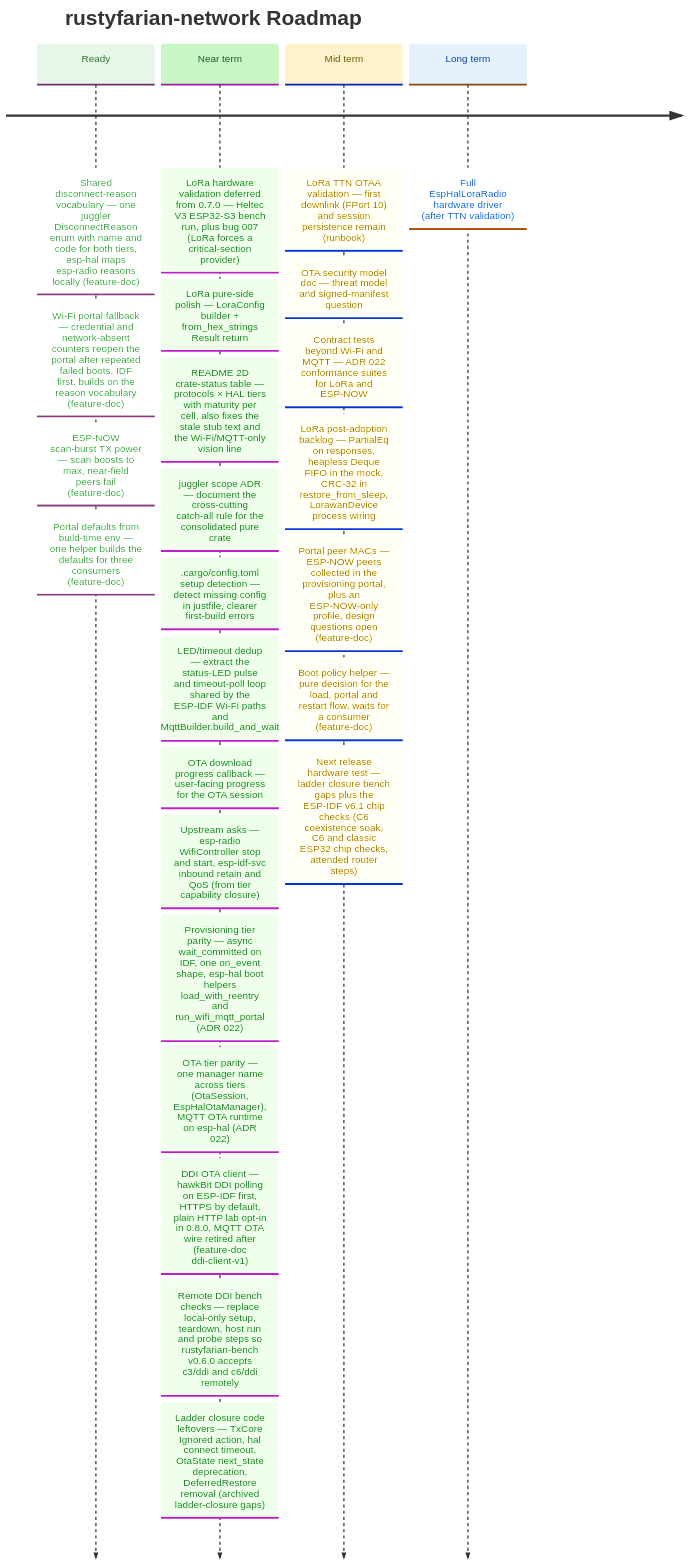
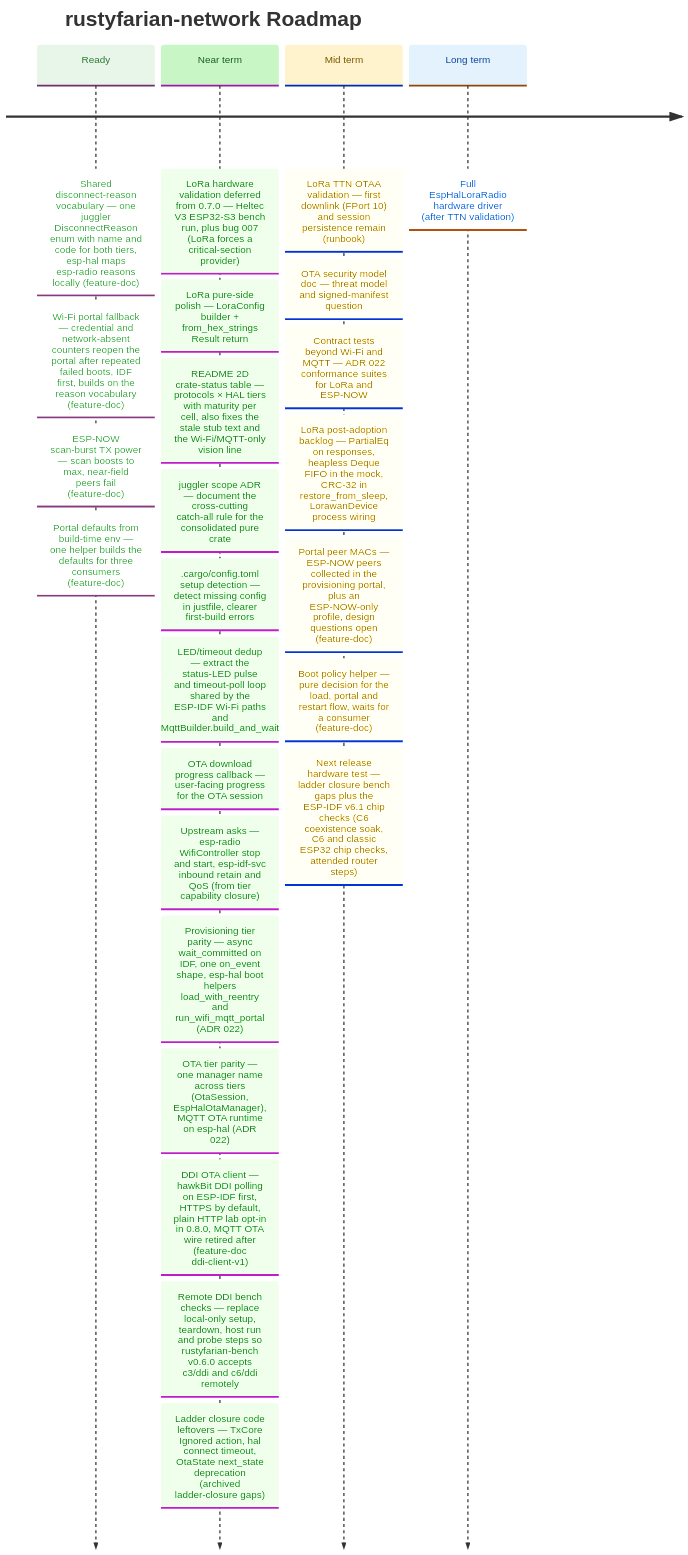
The diagram in docs/ROADMAP.md (datenkollektiv/rustyfarian-network), drawn with Mermaid before and after one commit. The commit also changed 28 other files, not shown here.

````diff
--- a/docs/ROADMAP.md
+++ b/docs/ROADMAP.md
@@ -16,46 +16,46 @@
 ```mermaid
 %%{init: {
   "theme": "base",
   "themeVariables": {
     "cScale0": "#e8f5e9",
     "cScaleLabel0": "#2e7d32",
     "cScale1": "#c8f7c5",
     "cScaleLabel1": "#1b5e20",
     "cScale2": "#fff3cd",
     "cScaleLabel2": "#7a5a00",
     "cScale3": "#e3f2fd",
     "cScaleLabel3": "#0d47a1"
   }
 }}%%
 
 timeline
     title rustyfarian-network Roadmap
 
     Ready     : Shared disconnect-reason vocabulary — one juggler DisconnectReason enum with name and code for both tiers, esp-hal maps esp-radio reasons locally (feature-doc)
               : Wi-Fi portal fallback — credential and network-absent counters reopen the portal after repeated failed boots, IDF first, builds on the reason vocabulary (feature-doc)
               : ESP-NOW scan-burst TX power — scan boosts to max, near-field peers fail (feature-doc)
               : Portal defaults from build-time env — one helper builds the defaults for three consumers (feature-doc)
     Near term : LoRa hardware validation deferred from 0.7.0 — Heltec V3 ESP32-S3 bench run, plus bug 007 (LoRa forces a critical-section provider)
               : LoRa pure-side polish — LoraConfig builder + from_hex_strings Result return
               : README 2D crate-status table — protocols × HAL tiers with maturity per cell, also fixes the stale stub text and the Wi-Fi/MQTT-only vision line
               : juggler scope ADR — document the cross-cutting catch-all rule for the consolidated pure crate
               : .cargo/config.toml setup detection — detect missing config in justfile, clearer first-build errors
               : LED/timeout dedup — extract the status-LED pulse and timeout-poll loop shared by the ESP-IDF Wi-Fi paths and MqttBuilder.build_and_wait
               : OTA download progress callback — user-facing progress for the OTA session
               : Upstream asks — esp-radio WifiController stop and start, esp-idf-svc inbound retain and QoS (from tier capability closure)
               : Provisioning tier parity — async wait_committed on IDF, one on_event shape, esp-hal boot helpers load_with_reentry and run_wifi_mqtt_portal (ADR 022)
               : OTA tier parity — one manager name across tiers (OtaSession, EspHalOtaManager), MQTT OTA runtime on esp-hal (ADR 022)
               : DDI OTA client — hawkBit DDI polling on ESP-IDF first, HTTPS by default, plain HTTP lab opt-in in 0.8.0, MQTT OTA wire retired after (feature-doc ddi-client-v1)
               : Remote DDI bench checks — replace local-only setup, teardown, host run and probe steps so rustyfarian-bench v0.6.0 accepts c3/ddi and c6/ddi remotely
-              : Ladder closure code leftovers — TxCore Ignored action, hal connect timeout, OtaState next_state deprecation, DeferredRestore removal (archived ladder-closure gaps)
+              : Ladder closure code leftovers — TxCore Ignored action, hal connect timeout, OtaState next_state deprecation (archived ladder-closure gaps)
 
     Mid term  : LoRa TTN OTAA validation — first downlink (FPort 10) and session persistence remain (runbook)
               : OTA security model doc — threat model and signed-manifest question
               : Contract tests beyond Wi-Fi and MQTT — ADR 022 conformance suites for LoRa and ESP-NOW
               : LoRa post-adoption backlog — PartialEq on responses, heapless Deque FIFO in the mock, CRC-32 in restore_from_sleep, LorawanDevice process wiring
               : Portal peer MACs — ESP-NOW peers collected in the provisioning portal, plus an ESP-NOW-only profile, design questions open (feature-doc)
               : Boot policy helper — pure decision for the load, portal and restart flow, waits for a consumer (feature-doc)
               : Next release hardware test — ladder closure bench gaps plus the ESP-IDF v6.1 chip checks (C6 coexistence soak, C6 and classic ESP32 chip checks, attended router steps)
 
     Long term : Full EspHalLoraRadio hardware driver (after TTN validation)
 ```
````
